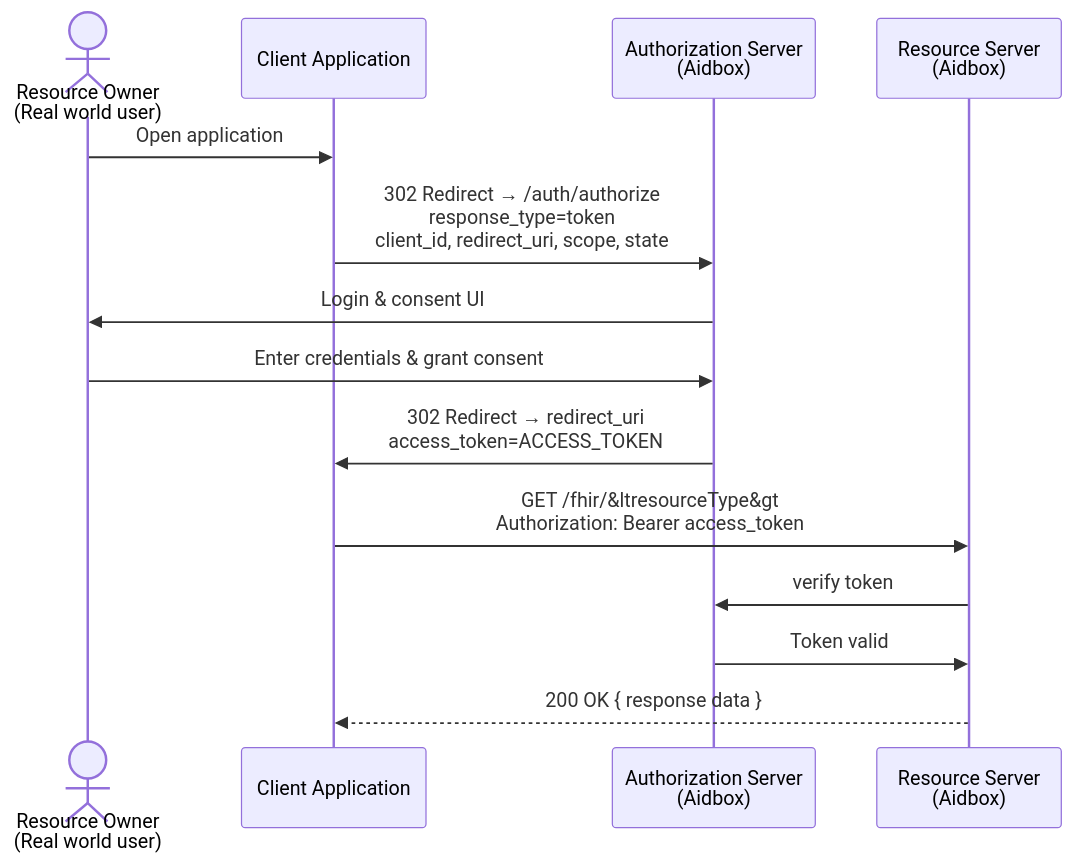
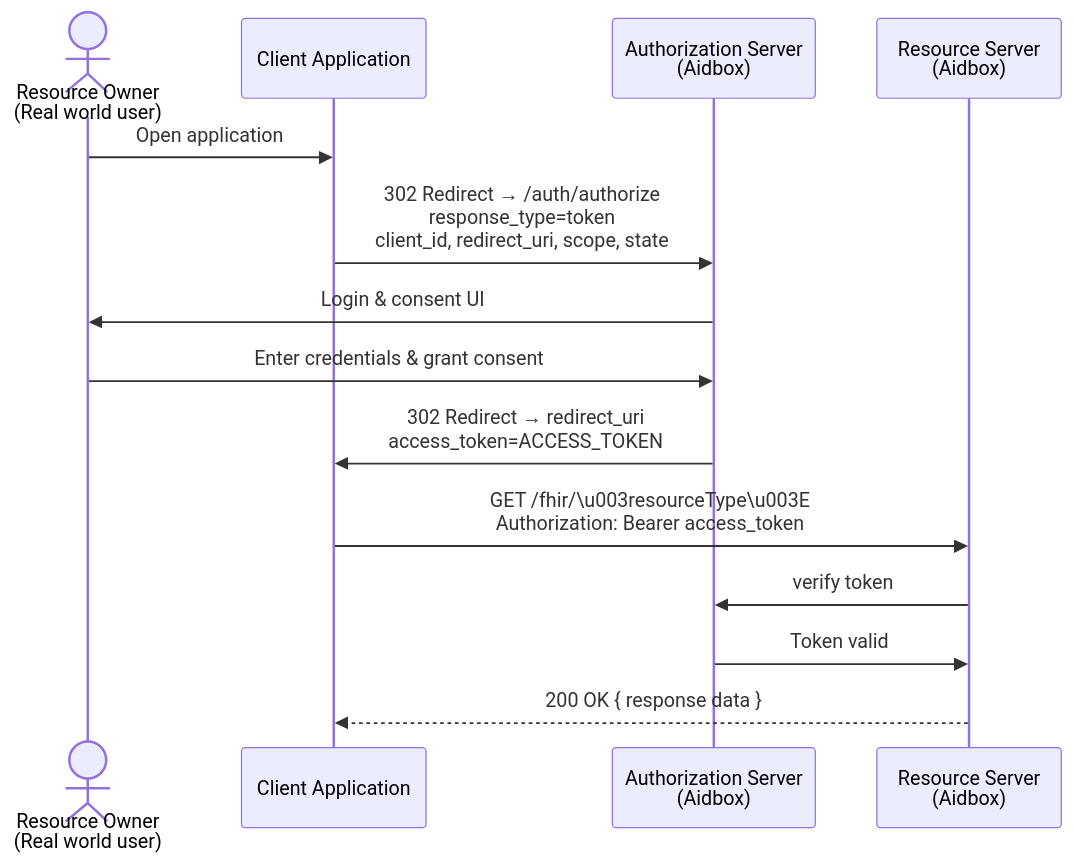
One commit to HealthSamurai/documentation changed the fourth of 4 diagrams in docs/access-control/authentication/oauth-2-0.md. Above: the diagram before and after it, drawn with Mermaid. The commit also changed other lines of this file, not shown here.

````diff
--- a/docs/access-control/authentication/oauth-2-0.md
+++ b/docs/access-control/authentication/oauth-2-0.md
@@ -96,18 +96,18 @@
 ```mermaid
 sequenceDiagram
   actor User as Resource Owner<br>(Real world user)
   participant Client as Client Application
   participant AS as Authorization Server<br>(Aidbox)
   participant RS as Resource Server<br>(Aidbox)
 
   User->>Client: Open application
   Client->>AS: 302 Redirect → /auth/authorize<br>response_type=token<br>client_id, redirect_uri, scope, state
   AS->>User: Login & consent UI
   User->>AS: Enter credentials & grant consent
   AS->>Client: 302 Redirect → redirect_uri<br>access_token=ACCESS_TOKEN
-  Client->>RS: GET /fhir/&ltresourceType&gt<br>Authorization: Bearer access_token
+  Client->>RS: GET /fhir/\u003resourceType\u003E<br>Authorization: Bearer access_token
   RS->>AS: verify token
   AS->>RS: Token valid
   RS-->>Client: 200 OK { response data }
 
 ```
````
